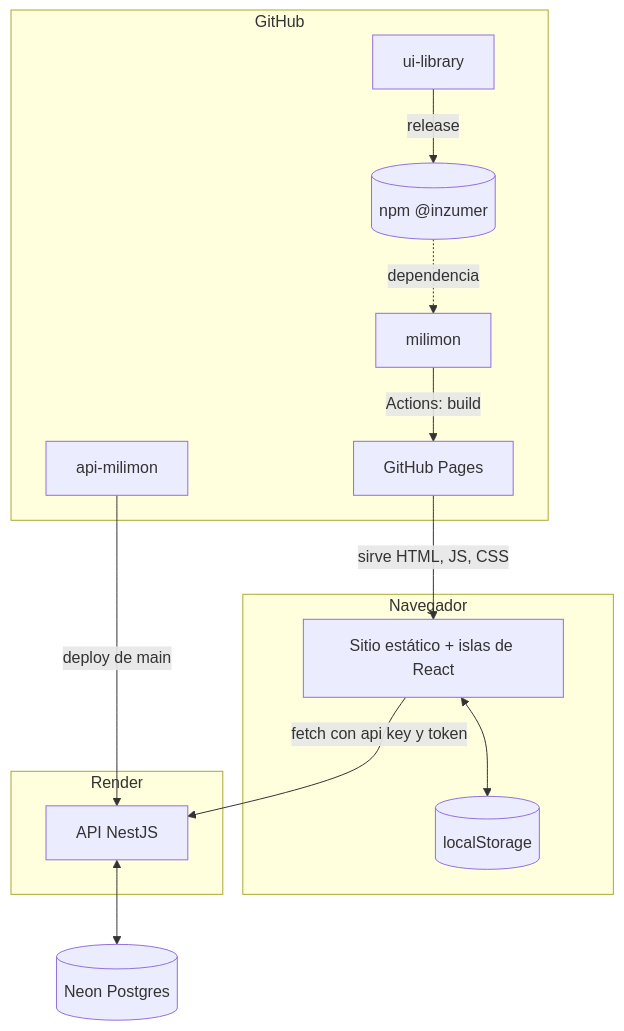
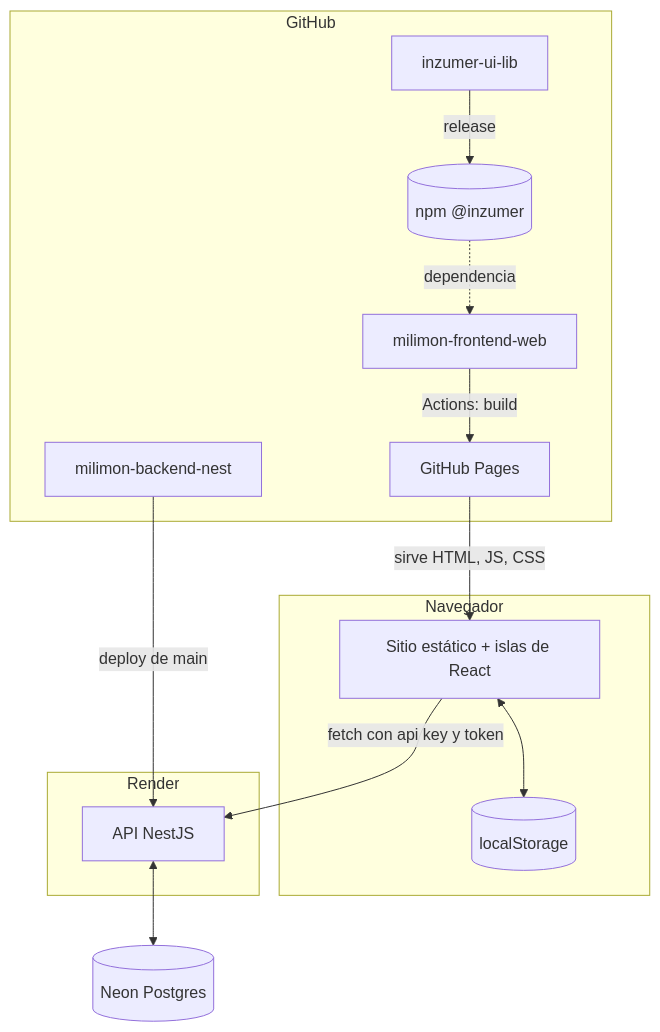
Before and after one commit to inzumer/milimon-docs: the diagram in src/content/docs/arquitectura/sistema.md, drawn with Mermaid. The commit also changed other lines of this file and 9 other files, not shown here.

First line of the commit message:
docs: milimon-<area>-<technology> and inzumer-<name> repository names

````diff
--- a/src/content/docs/arquitectura/sistema.md
+++ b/src/content/docs/arquitectura/sistema.md
@@ -21,25 +21,25 @@
 ```mermaid
 flowchart TB
   subgraph navegador[Navegador]
     sitio[Sitio estático + islas de React]
     ls[(localStorage)]
     sitio <--> ls
   end
 
   subgraph github[GitHub]
-    repoWeb[milimon] -- Actions: build --> pages[GitHub Pages]
-    repoApi[api-milimon]
-    repoLib[ui-library] -- release --> npm[(npm @inzumer)]
+    repoWeb[milimon-frontend-web] -- Actions: build --> pages[GitHub Pages]
+    repoApi[milimon-backend-nest]
+    repoLib[inzumer-ui-lib] -- release --> npm[(npm @inzumer)]
   end
 
   subgraph render[Render]
     api[API NestJS]
   end
   neon[(Neon Postgres)]
 
   pages -- sirve HTML, JS, CSS --> sitio
   npm -. dependencia .-> repoWeb
   repoApi -- deploy de main --> api
   sitio -- fetch con api key y token --> api
   api <--> neon
 ```
````
